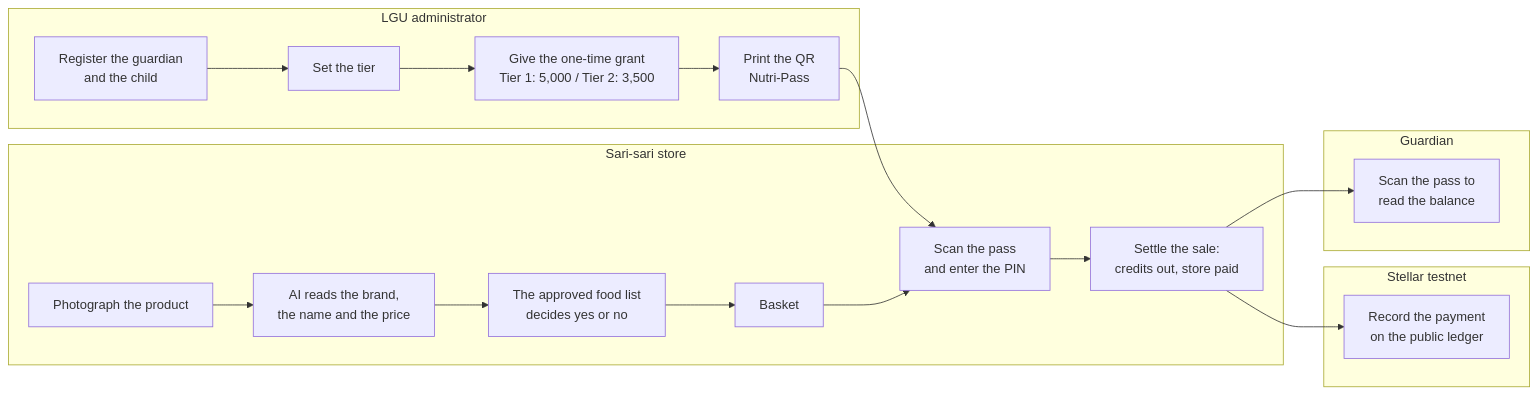
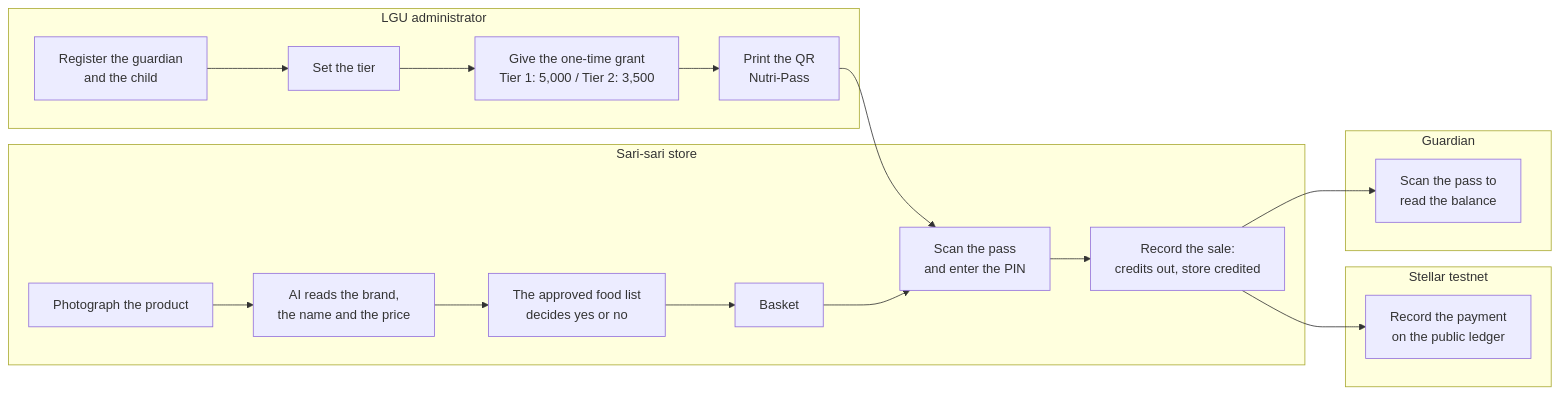
The diagram in README.md (alxxrzfyr/BANTAYOG), drawn with Mermaid before and after one commit. The commit also changed other lines of this file and 3 other files, not shown here.

````diff
--- a/README.md
+++ b/README.md
@@ -78,31 +106,31 @@
 ```mermaid
 flowchart LR
   subgraph LGU["LGU administrator"]
     A1["Register the guardian<br/>and the child"]
     A2["Set the tier"]
     A3["Give the one-time grant<br/>Tier 1: 5,000 / Tier 2: 3,500"]
     A4["Print the QR<br/>Nutri-Pass"]
   end
 
   subgraph Store["Sari-sari store"]
     B1["Photograph the product"]
     B2["AI reads the brand,<br/>the name and the price"]
     B3["The approved food list<br/>decides yes or no"]
     B4["Basket"]
     B5["Scan the pass<br/>and enter the PIN"]
-    B6["Settle the sale:<br/>credits out, store paid"]
+    B6["Record the sale:<br/>credits out, store credited"]
   end
 
   subgraph Chain["Stellar testnet"]
     C1["Record the payment<br/>on the public ledger"]
   end
 
   subgraph Guardian["Guardian"]
     D1["Scan the pass to<br/>read the balance"]
   end
 
   A1 --> A2 --> A3 --> A4 --> B5
   B1 --> B2 --> B3 --> B4 --> B5 --> B6
   B6 --> C1
   B6 --> D1
 ```
````
